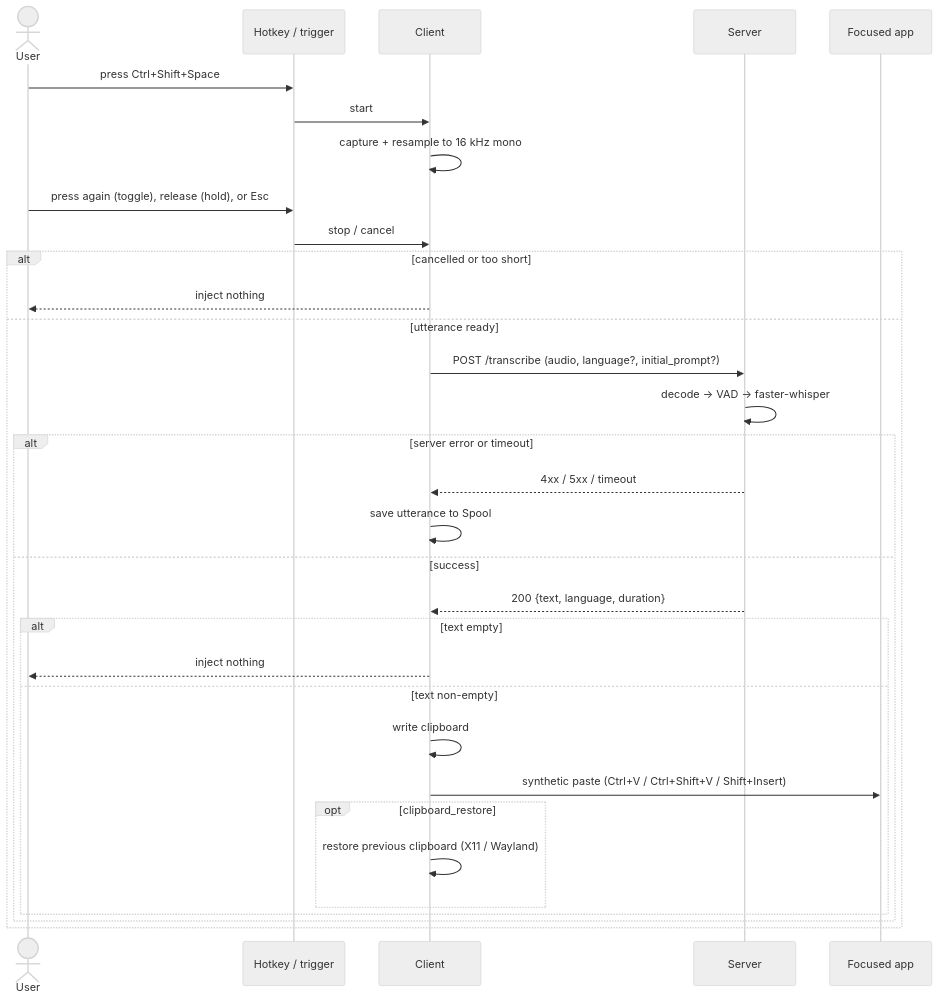
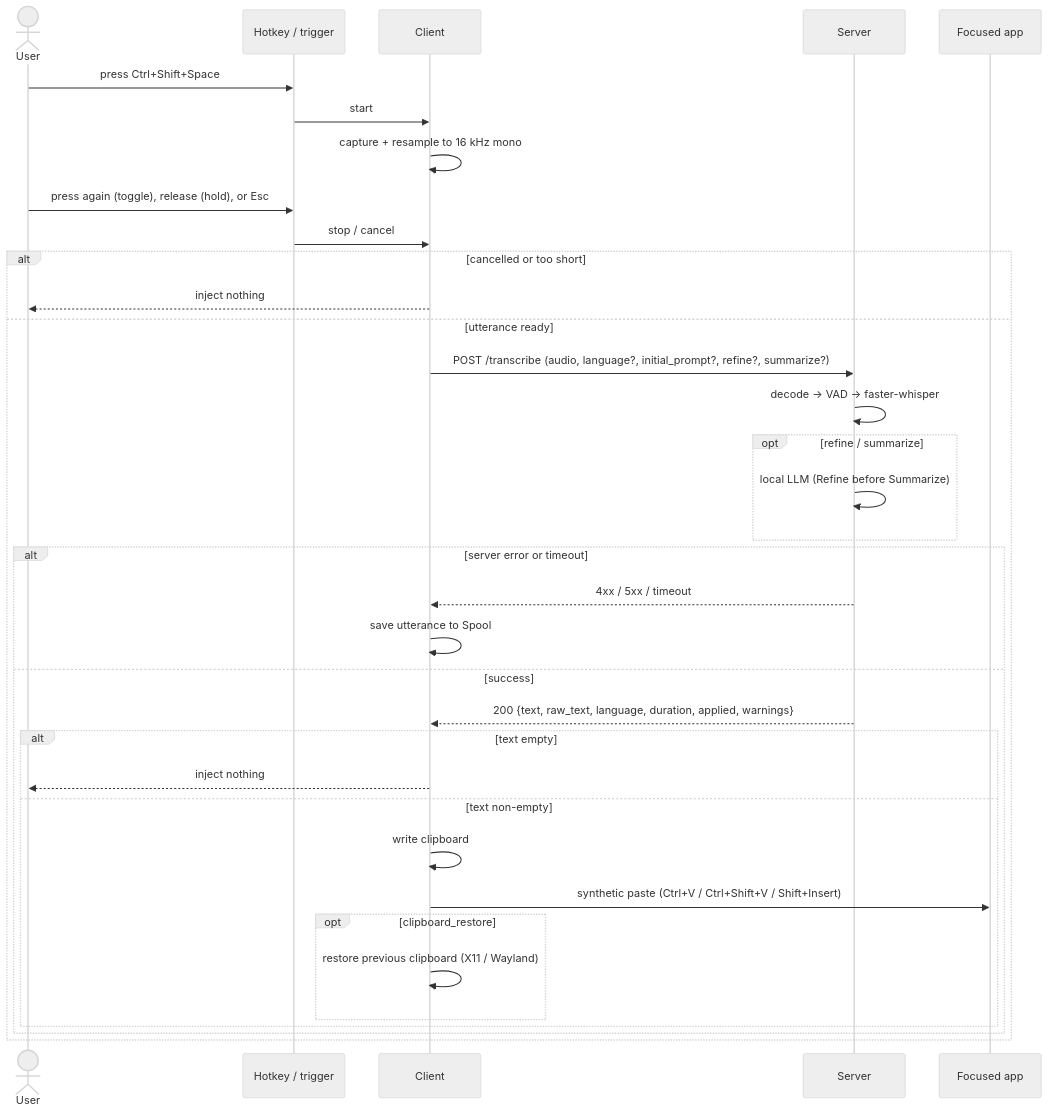
Before and after one commit to FoxRed-cmd/kitsune-whisper: the second of 2 diagrams in README.md, drawn with Mermaid (neutral theme). The commit also changed other lines of this file and 23 other files, not shown here.

First line of the commit message:
Add optional local-LLM post-processing (Refine/Summarize) (#32)

````diff
--- a/README.md
+++ b/README.md
@@ -68,36 +79,39 @@
 ```mermaid
 sequenceDiagram
     actor User
     participant T as Hotkey / trigger
     participant C as Client
     participant S as Server
     participant App as Focused app
 
     User->>T: press Ctrl+Shift+Space
     T->>C: start
     C->>C: capture + resample to 16 kHz mono
     User->>T: press again (toggle), release (hold), or Esc
     T->>C: stop / cancel
 
     alt cancelled or too short
         C-->>User: inject nothing
     else utterance ready
-        C->>S: POST /transcribe (audio, language?, initial_prompt?)
+        C->>S: POST /transcribe (audio, language?, initial_prompt?, refine?, summarize?)
         S->>S: decode → VAD → faster-whisper
+        opt refine / summarize
+            S->>S: local LLM (Refine before Summarize)
+        end
         alt server error or timeout
             S-->>C: 4xx / 5xx / timeout
             C->>C: save utterance to Spool
         else success
-            S-->>C: 200 {text, language, duration}
+            S-->>C: 200 {text, raw_text, language, duration, applied, warnings}
             alt text empty
                 C-->>User: inject nothing
             else text non-empty
                 C->>C: write clipboard
                 C->>App: synthetic paste (Ctrl+V / Ctrl+Shift+V / Shift+Insert)
                 opt clipboard_restore
                     C->>C: restore previous clipboard (X11 / Wayland)
                 end
             end
         end
     end
 ```
````
